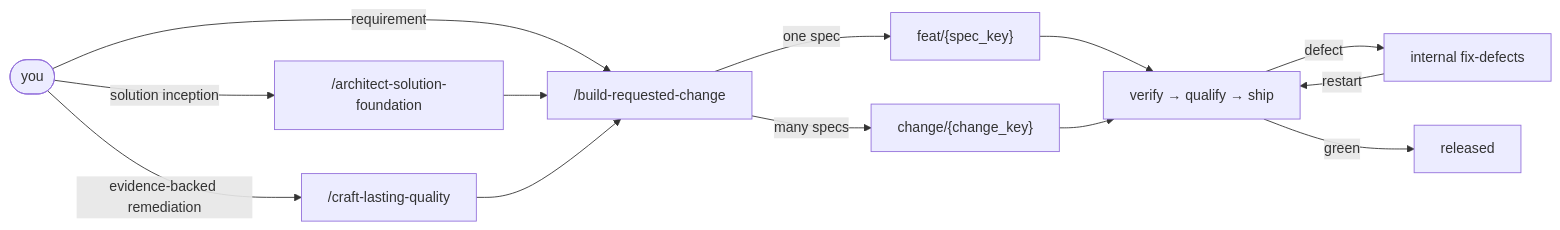
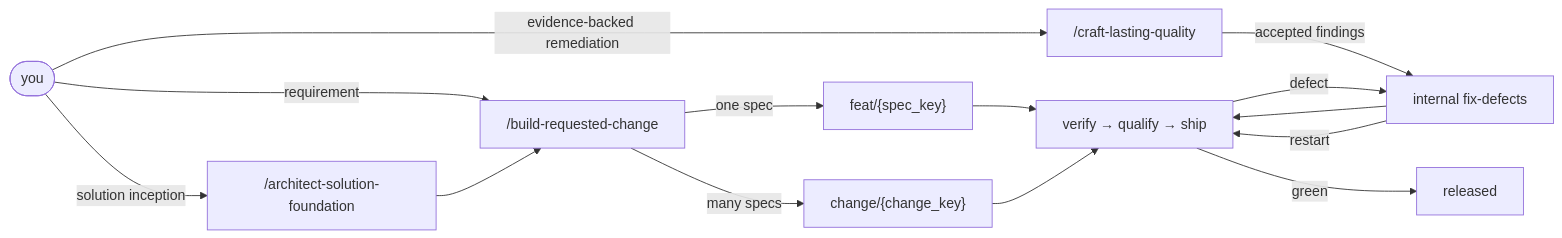
Before and after one commit to AIDDbot/AIDDbot: the diagram in docs/AIDD.workflow.md, drawn with Mermaid. The commit also changed other lines of this file and 30 other files, not shown here.

Commit message:
refactor(skills): simplify Craft findings flow

````diff
--- a/docs/AIDD.workflow.md
+++ b/docs/AIDD.workflow.md
@@ -27,15 +27,16 @@
 ```mermaid
 flowchart LR
   YOU([you]) -->|solution inception| ESTABLISH["/architect-solution-foundation"]
   YOU -->|requirement| DELIVER["/build-requested-change"]
   YOU -->|evidence-backed remediation| IMPROVE["/craft-lasting-quality"]
   ESTABLISH --> DELIVER
-  IMPROVE --> DELIVER
+  IMPROVE -->|accepted findings| FIX["fix/{fix_key}"]
   DELIVER -->|one spec| FEAT["feat/{spec_key}"]
   DELIVER -->|many specs| CHANGE["change/{change_key}"]
   FEAT --> REVIEW["verify → qualify → ship"]
   CHANGE --> REVIEW
+  FIX --> REVIEW
   REVIEW -->|defect| FIX["internal fix-defects"]
   FIX -->|restart| REVIEW
   REVIEW -->|green| RELEASED[released]
 ```
````
